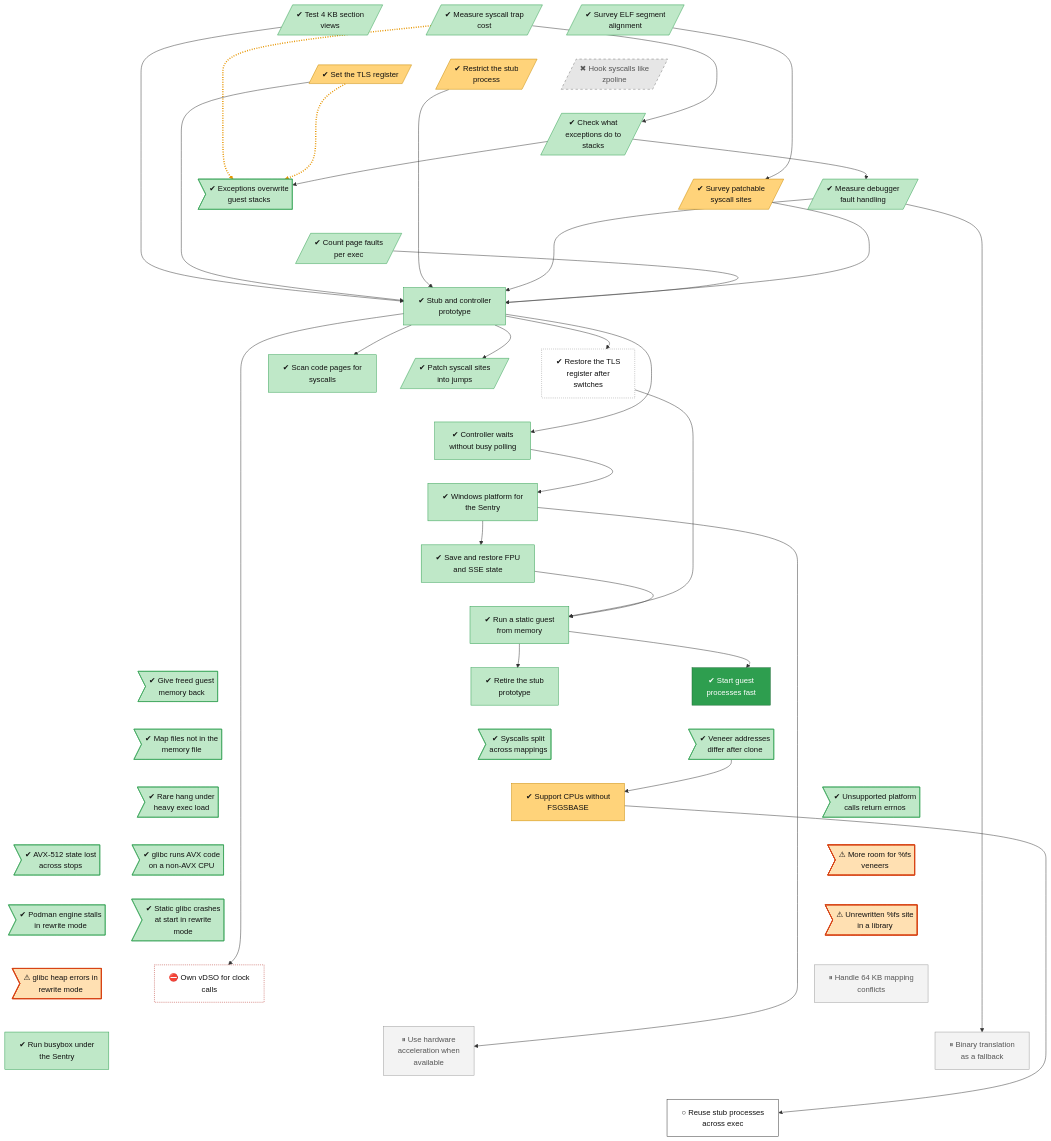
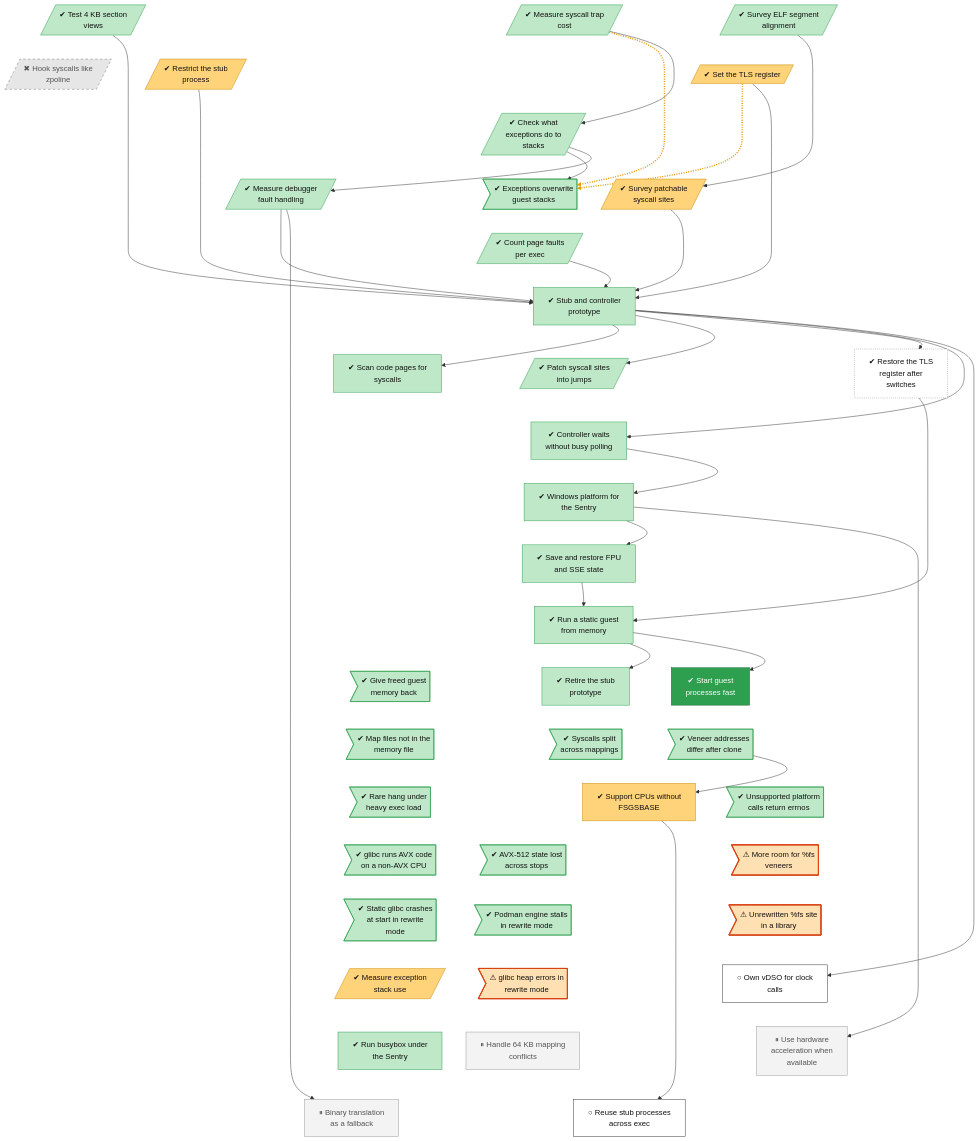
One commit to lhns/gvisor-windows changed the diagram in docs/roadmap/tracks/platform.md. Above: the diagram before and after it, drawn with Mermaid. The commit also changed other lines of this file and 9 other files, not shown here.

````diff
--- a/docs/roadmap/tracks/platform.md
+++ b/docs/roadmap/tracks/platform.md
@@ -44,7 +44,8 @@
     platform_rewrite_glibc_init_crash>"✔ Static glibc crashes<br/>at start in rewrite<br/>mode"]
     platform_unrewritten_fs_in_library>"⚠ Unrewritten %fs site<br/>in a library"]
     platform_rewrite_heap_corruption>"⚠ glibc heap errors in<br/>rewrite mode"]
-    platform_own_vdso["⛔ Own vDSO for clock<br/>calls"]
+    platform_exception_dispatch_depth[/"✔ Measure exception<br/>stack use"/]
+    platform_own_vdso["○ Own vDSO for clock<br/>calls"]
     platform_64k_mapping_conflicts["⏸ Handle 64 KB mapping<br/>conflicts"]
     platform_busybox_on_windows["✔ Run busybox under<br/>the Sentry"]
     platform_hardware_acceleration["⏸ Use hardware<br/>acceleration when<br/>available"]
@@ -88,14 +89,14 @@
     platform_avx_on_non_avx_cpu ~~~ platform_rewrite_glibc_init_crash
     platform_fs_veneer_capacity ~~~ platform_unrewritten_fs_in_library
     platform_rewrite_mode_slow_engine ~~~ platform_rewrite_heap_corruption
-    platform_rewrite_glibc_init_crash ~~~ platform_own_vdso
-    platform_unrewritten_fs_in_library ~~~ platform_64k_mapping_conflicts
-    platform_rewrite_heap_corruption ~~~ platform_busybox_on_windows
+    platform_rewrite_glibc_init_crash ~~~ platform_exception_dispatch_depth
+    platform_unrewritten_fs_in_library ~~~ platform_own_vdso
+    platform_rewrite_heap_corruption ~~~ platform_64k_mapping_conflicts
+    platform_exception_dispatch_depth ~~~ platform_busybox_on_windows
     platform_own_vdso ~~~ platform_hardware_acceleration
     platform_64k_mapping_conflicts ~~~ platform_binary_translation_fallback
     platform_busybox_on_windows ~~~ platform_recycle_stubs
     platform_hardware_acceleration ~~~ platform_recycle_stubs
-    platform_binary_translation_fallback ~~~ platform_recycle_stubs
     platform_trap_cost -.-> platform_veh_on_guest_stack_unsafe
     platform_tls_register -.-> platform_veh_on_guest_stack_unsafe
     platform_trap_cost --> platform_exception_stack
@@ -139,12 +140,11 @@
     classDef finding fill:#ffe0b2,stroke:#d84315,stroke-width:2px,color:#111
     classDef waiting fill:#e3f2fd,stroke:#1f6fc5,stroke-dasharray:5 5,color:#111
     class platform_elf_alignment_survey,platform_trap_cost,platform_4k_section_views,platform_exception_stack,platform_veh_on_guest_stack_unsafe,platform_debug_event_cost,platform_faults_per_exec,platform_stub_controller,platform_page_verification,platform_syscall_fast_path,platform_controller_wakeups,platform_winstub,platform_fp_state,platform_static_guest_from_memory,platform_retire_prototype,platform_memory_release,platform_split_syscall_unpatched,platform_map_files_without_sections,platform_veneer_address_in_child,platform_rare_hang_under_exec_load,platform_unsupported_errno,platform_avx512_state_lost,platform_avx_on_non_avx_cpu,platform_rewrite_mode_slow_engine,platform_rewrite_glibc_init_crash,platform_busybox_on_windows succ
-    class platform_tls_register,platform_restricted_stub,platform_syscall_site_survey,platform_no_fsgsbase_fallback mixed
+    class platform_tls_register,platform_restricted_stub,platform_syscall_site_survey,platform_no_fsgsbase_fallback,platform_exception_dispatch_depth mixed
     class platform_zpoline_hooks dead
     class platform_fs_base_repair unrated
     class platform_fast_process_start vsucc
     class platform_fs_veneer_capacity,platform_unrewritten_fs_in_library,platform_rewrite_heap_corruption finding
-    class platform_own_vdso blocked
+    class platform_own_vdso,platform_recycle_stubs next
     class platform_64k_mapping_conflicts,platform_hardware_acceleration,platform_binary_translation_fallback parked
-    class platform_recycle_stubs next
 ```
````
